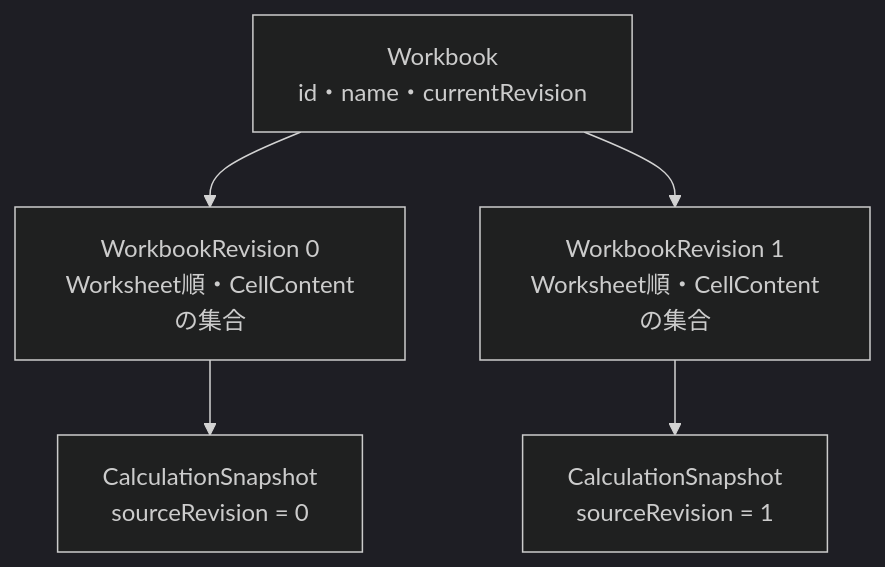
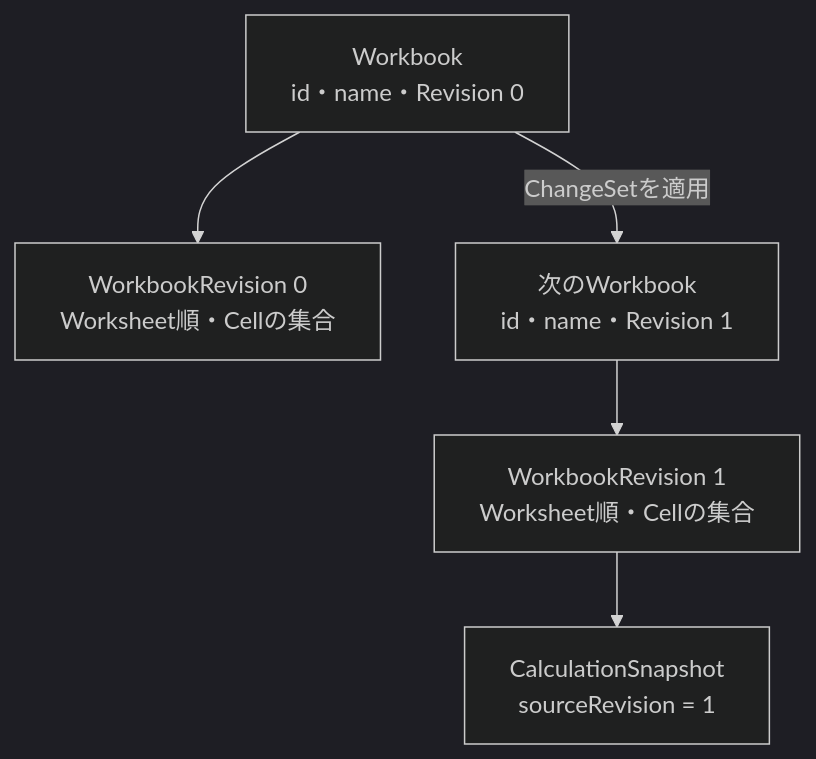
One commit to ryofuu/my-excel-app changed the diagram in docs/learning/01-source-state-and-revision.md. Above: the diagram before and after it, drawn with Mermaid (dark theme). The commit also changed other lines of this file and 144 other files, not shown here.

````diff
--- a/docs/learning/01-source-state-and-revision.md
+++ b/docs/learning/01-source-state-and-revision.md
@@ -70,13 +70,13 @@
 ```mermaid
 flowchart TB
-  Workbook["Workbook<br/>id・name・currentRevision"]
-  Revision0["WorkbookRevision 0<br/>Worksheet順・CellContentの集合"]
-  Revision1["WorkbookRevision 1<br/>Worksheet順・CellContentの集合"]
-  Snapshot0["CalculationSnapshot<br/>sourceRevision = 0"]
+  Workbook0["Workbook<br/>id・name・Revision 0"]
+  Revision0["WorkbookRevision 0<br/>Worksheet順・Cellの集合"]
+  Workbook1["次のWorkbook<br/>id・name・Revision 1"]
+  Revision1["WorkbookRevision 1<br/>Worksheet順・Cellの集合"]
   Snapshot1["CalculationSnapshot<br/>sourceRevision = 1"]
 
-  Workbook --> Revision0
-  Workbook --> Revision1
-  Revision0 --> Snapshot0
+  Workbook0 --> Revision0
+  Workbook0 -->|"ChangeSetを適用"| Workbook1
+  Workbook1 --> Revision1
   Revision1 --> Snapshot1
 ```
````
